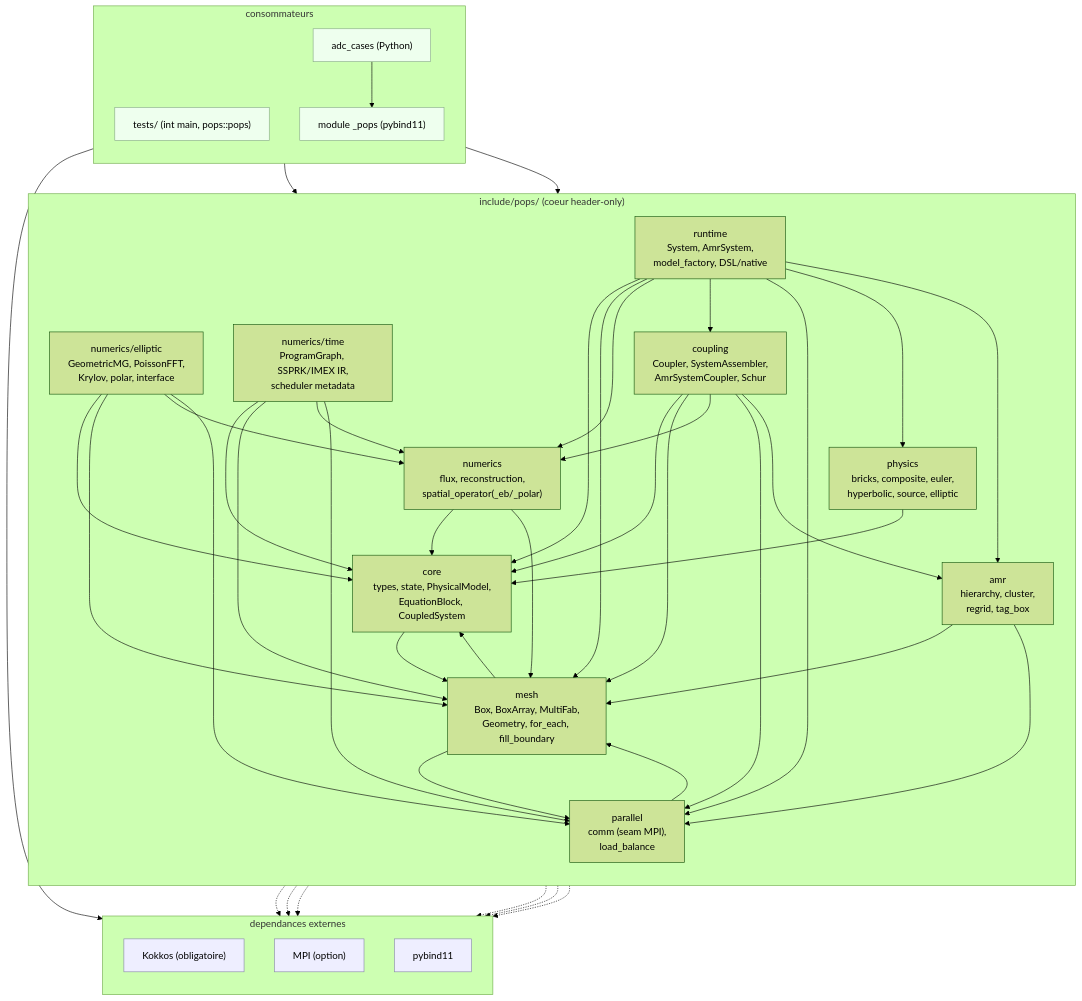
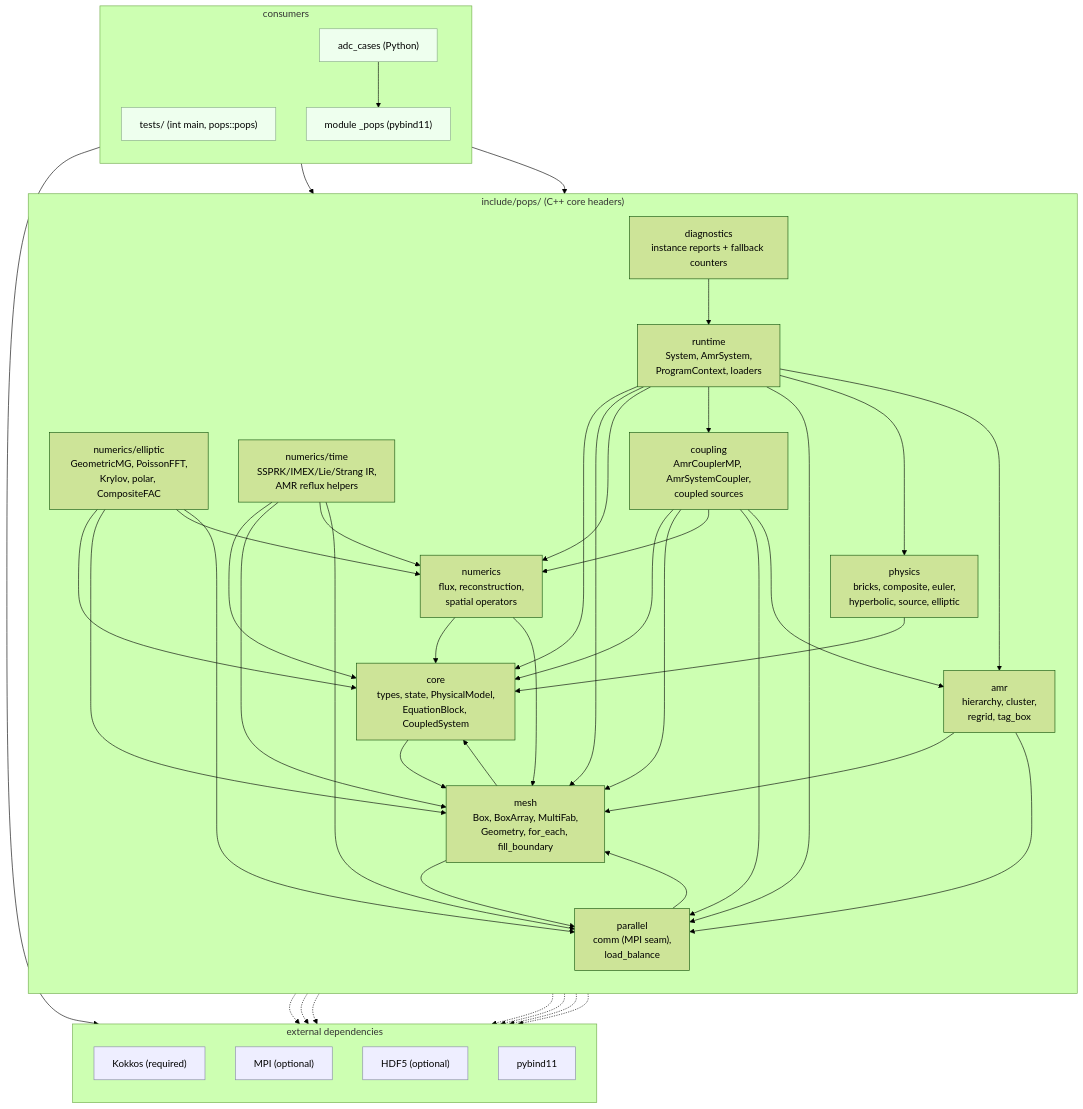
Before and after one commit to wolf75222/PoPS: the first of 3 diagrams in docs/ARCHITECTURE.md, drawn with Mermaid (forest theme). The commit also changed other lines of this file and 2 other files, not shown here.

````diff
--- a/docs/ARCHITECTURE.md
+++ b/docs/ARCHITECTURE.md
@@ -44,80 +51,81 @@
 ```mermaid
 flowchart TD
-  subgraph pops["include/pops/ (coeur header-only)"]
+  subgraph pops["include/pops/ (C++ core headers)"]
     direction TB
     core["core<br/>types, state, PhysicalModel,<br/>EquationBlock, CoupledSystem"]
     physics["physics<br/>bricks, composite, euler,<br/>hyperbolic, source, elliptic"]
     mesh["mesh<br/>Box, BoxArray, MultiFab,<br/>Geometry, for_each, fill_boundary"]
-    parallel["parallel<br/>comm (seam MPI),<br/>load_balance"]
-    numerics["numerics<br/>flux, reconstruction,<br/>spatial_operator(_eb/_polar)"]
-    elliptic["numerics/elliptic<br/>GeometricMG, PoissonFFT,<br/>Krylov, polar, interface"]
-    timed["numerics/time<br/>ProgramGraph, SSPRK/IMEX IR,<br/>scheduler metadata"]
+    parallel["parallel<br/>comm (MPI seam),<br/>load_balance"]
+    numerics["numerics<br/>flux, reconstruction,<br/>spatial operators"]
+    elliptic["numerics/elliptic<br/>GeometricMG, PoissonFFT,<br/>Krylov, polar, CompositeFAC"]
+    timed["numerics/time<br/>SSPRK/IMEX/Lie/Strang IR,<br/>AMR reflux helpers"]
     amr["amr<br/>hierarchy, cluster,<br/>regrid, tag_box"]
-    coupling["coupling<br/>Coupler, SystemAssembler,<br/>AmrSystemCoupler, Schur"]
-    runtime["runtime<br/>System, AmrSystem,<br/>model_factory, DSL/native"]
+    coupling["coupling<br/>AmrCouplerMP, AmrSystemCoupler,<br/>coupled sources"]
+    runtime["runtime<br/>System, AmrSystem,<br/>ProgramContext, loaders"]
+    diagnostics["diagnostics<br/>instance reports + fallback counters"]
   end
 
-  subgraph ext["dependances externes"]
+  subgraph ext["external dependencies"]
     direction TB
-    kokkos["Kokkos (obligatoire)"]
-    mpi["MPI (option)"]
+    kokkos["Kokkos (required)"]
+    mpi["MPI (optional)"]
+    hdf5["HDF5 (optional)"]
     pybind["pybind11"]
   end
 
-  subgraph cons["consommateurs"]
+  subgraph cons["consumers"]
     direction TB
     tests["tests/ (int main, pops::pops)"]
     pymod["module _pops (pybind11)"]
     cases["adc_cases (Python)"]
   end
 
-  %% dependances internes (inclusions reelles)
   mesh --> core
   mesh --> parallel
   parallel --> mesh
   physics --> core
   core --> mesh
   numerics --> core
   numerics --> mesh
   elliptic --> core
   elliptic --> mesh
   elliptic --> numerics
   elliptic --> parallel
   timed --> core
   timed --> mesh
   timed --> numerics
   timed --> parallel
   amr --> mesh
   amr --> parallel
   coupling --> core
   coupling --> mesh
   coupling --> numerics
   coupling --> parallel
   coupling --> amr
   runtime --> core
   runtime --> mesh
   runtime --> numerics
   runtime --> coupling
   runtime --> parallel
   runtime --> physics
   runtime --> amr
+  diagnostics --> runtime
 
-  %% dependances externes (seams confinees)
   mesh -.-> kokkos
   core -.-> kokkos
   numerics -.-> kokkos
   parallel -.-> mpi
   mesh -.-> mpi
   elliptic -.-> mpi
+  runtime -.-> hdf5
 
-  %% consommateurs
   tests --> runtime
   pymod --> runtime
   pymod --> pybind
   cases --> pymod
 
   classDef extcls fill:#eef,stroke:#88a;
   classDef conscls fill:#efe,stroke:#8a8;
-  class kokkos,mpi,pybind extcls;
+  class kokkos,mpi,hdf5,pybind extcls;
   class tests,pymod,cases conscls;
 ```
````
